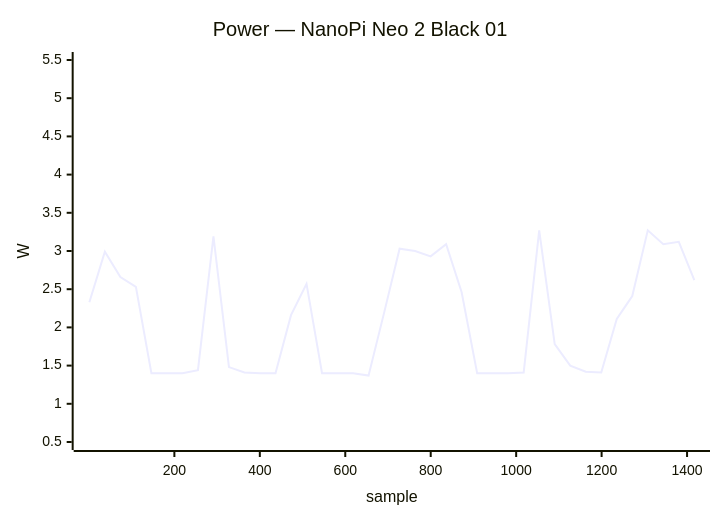
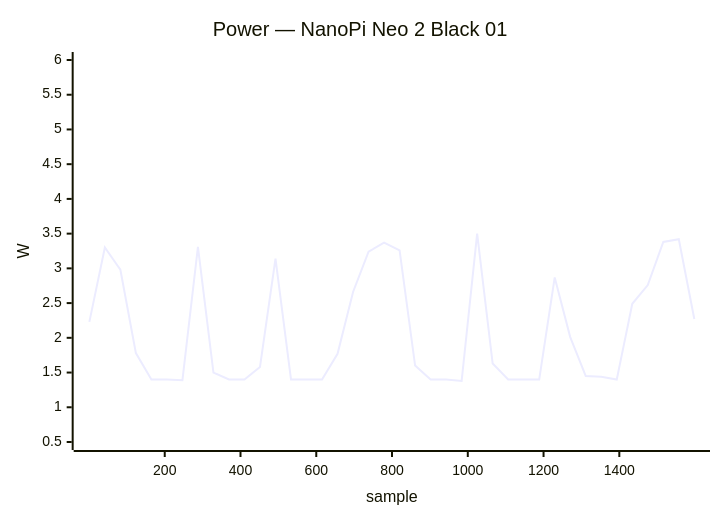
One commit to armbian/documentation changed the second of 34 diagrams in docs/status/board-tests.md. Above: the diagram before and after it, drawn with Mermaid. The commit also changed other lines of this file, not shown here.

````diff
--- a/docs/status/board-tests.md
+++ b/docs/status/board-tests.md
@@ -124,7 +124,7 @@
 ```mermaid
 xychart-beta
     title "Power — NanoPi Neo 2 Black 01"
-    x-axis "sample" 1 --> 1417
-    y-axis "W" 0.5 --> 5.5
-    line [2.33, 2.99, 2.66, 2.53, 1.40, 1.40, 1.40, 1.44, 3.19, 1.48, 1.41, 1.40, 1.40, 2.16, 2.57, 1.40, 1.40, 1.40, 1.37, 2.19, 3.03, 3.00, 2.93, 3.09, 2.46, 1.40, 1.40, 1.40, 1.41, 3.27, 1.78, 1.50, 1.42, 1.41, 2.11, 2.41, 3.27, 3.09, 3.12, 2.62]
+    x-axis "sample" 1 --> 1598
+    y-axis "W" 0.5 --> 6.0
+    line [2.23, 3.30, 2.98, 1.78, 1.40, 1.40, 1.39, 3.31, 1.50, 1.40, 1.40, 1.58, 3.14, 1.40, 1.40, 1.40, 1.77, 2.66, 3.24, 3.37, 3.26, 1.60, 1.40, 1.40, 1.38, 3.50, 1.63, 1.40, 1.40, 1.40, 2.87, 2.01, 1.45, 1.44, 1.40, 2.49, 2.76, 3.38, 3.42, 2.27]
 ```
````
